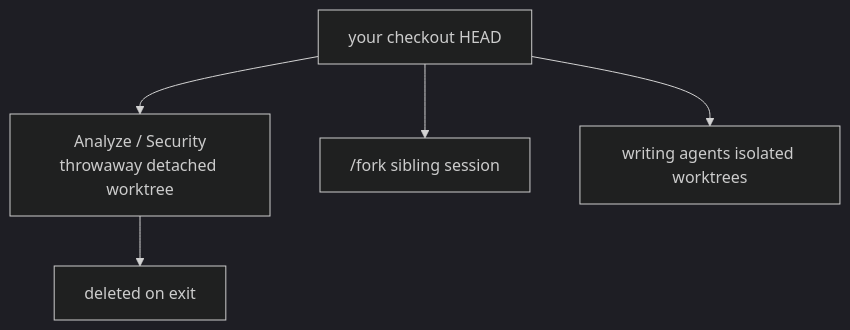
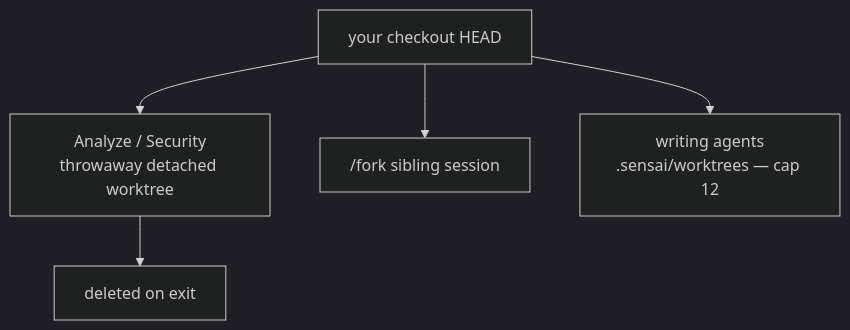
One commit to immunisense/sensai changed the first of 2 diagrams in README.md. Above: the diagram before and after it, drawn with Mermaid (dark theme). The commit also changed other lines of this file and 9 other files, not shown here.

````diff
--- a/README.md
+++ b/README.md
@@ -101,8 +113,8 @@
 ```mermaid
 flowchart TD
   HEAD[your checkout HEAD]
   HEAD --> A[Analyze / Security<br/>throwaway detached worktree]
   HEAD --> F["/fork sibling session"]
-  HEAD --> W[writing agents isolated worktrees]
+  HEAD --> W["writing agents<br/>.sensai/worktrees — cap 12"]
   A --> D[deleted on exit]
 ```
````
